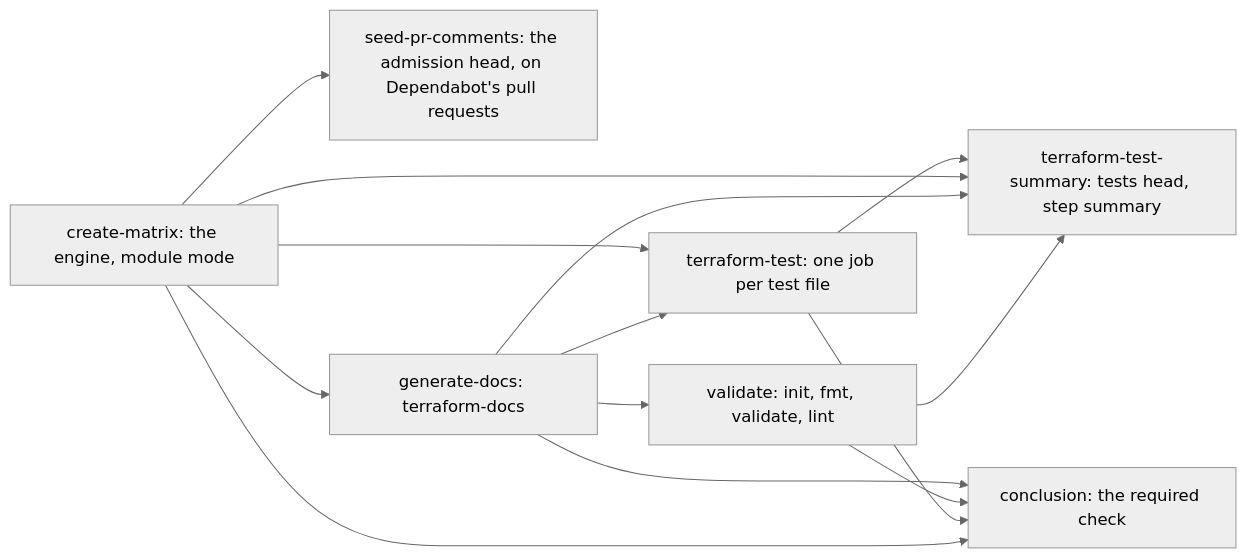
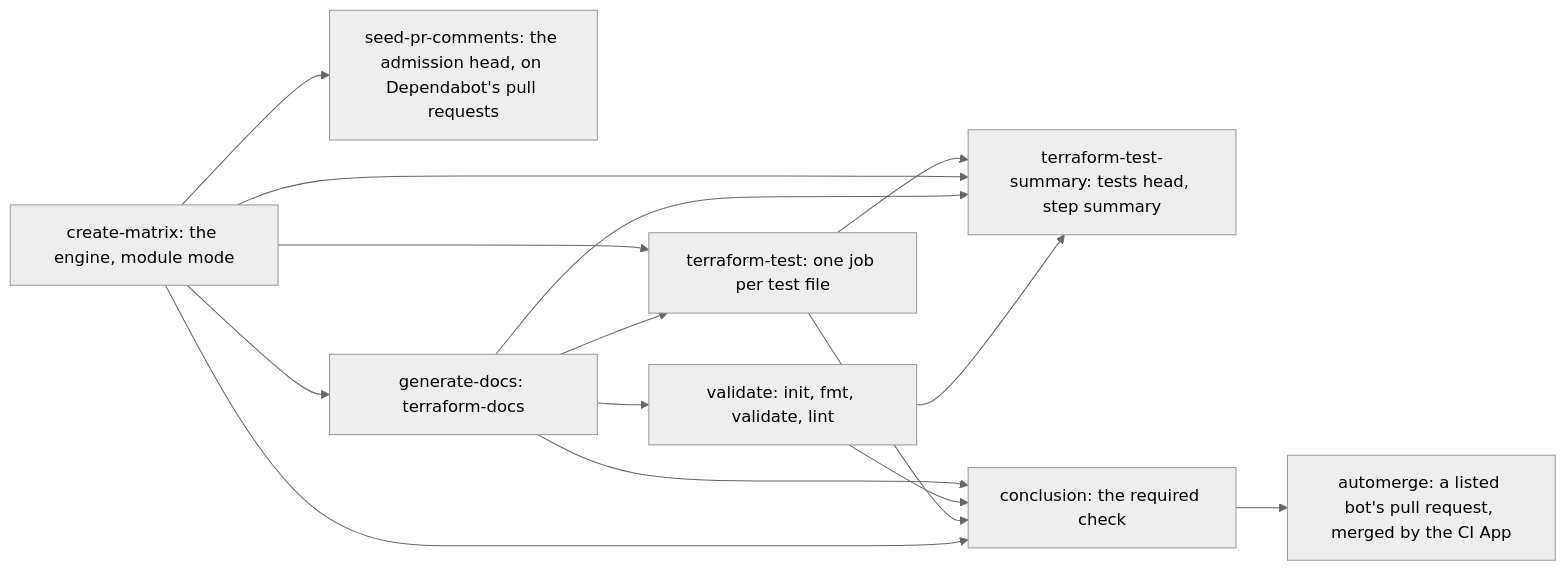
One commit to dsb-norge/github-actions-terraform changed the diagram in docs/Module-ci.md. Above: the diagram before and after it, drawn with Mermaid (neutral theme). The commit also changed other lines of this file and 19 other files, not shown here.

````diff
--- a/docs/Module-ci.md
+++ b/docs/Module-ci.md
@@ -87,16 +91,17 @@
 ```mermaid
 flowchart LR
     matrix["create-matrix: the engine, module mode"] --> tests["terraform-test: one job per test file"]
     matrix --> seed["seed-pr-comments: the admission head, on Dependabot's pull requests"]
     matrix --> docs
     docs["generate-docs: terraform-docs"] --> validate["validate: init, fmt, validate, lint"]
     docs --> tests
     tests --> summary["terraform-test-summary: tests head, step summary"]
     matrix --> summary
     docs --> summary
     validate --> summary
     docs --> conclusion["conclusion: the required check"]
     validate --> conclusion
     tests --> conclusion
     matrix --> conclusion
+    conclusion --> automerge["automerge: a listed bot's pull request, merged by the CI App"]
 ```
````
